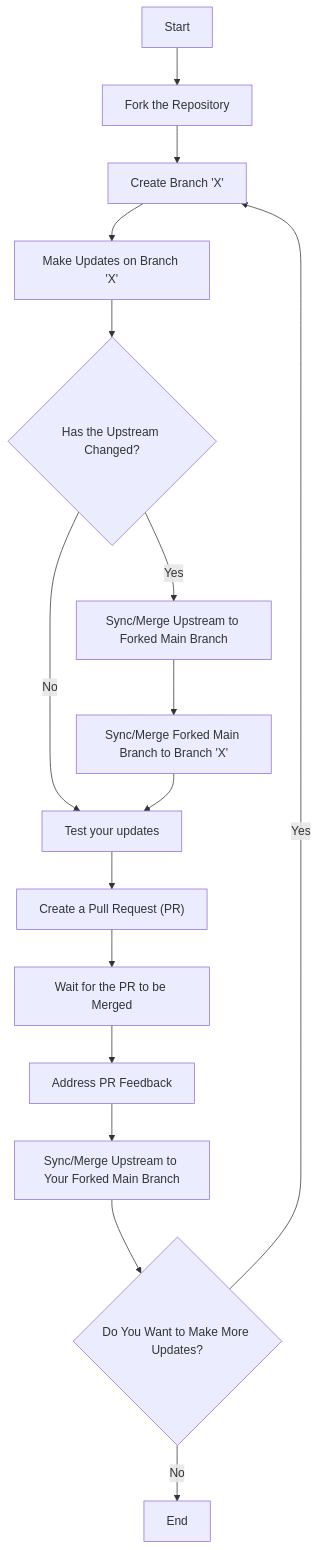
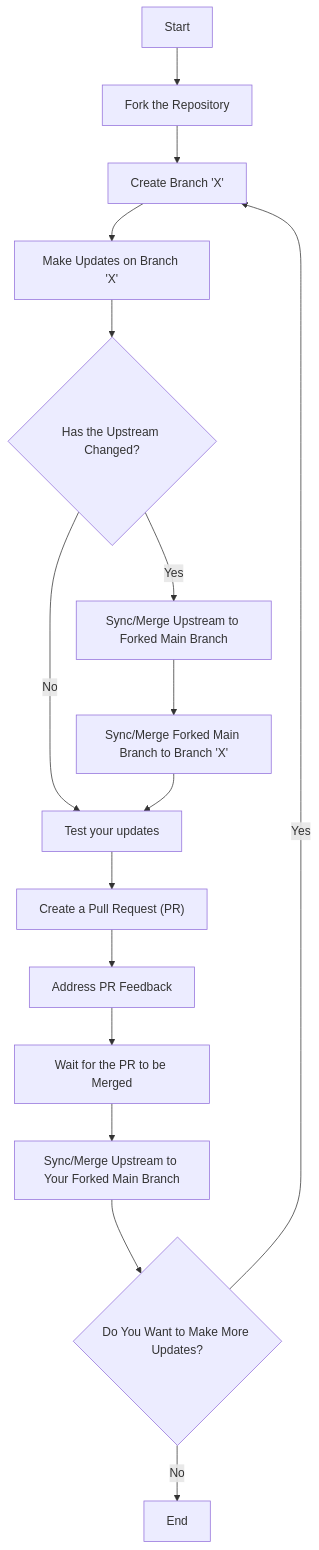
One commit to stride3d/stride-docs changed the diagram in en/contributors/contribution-workflow.md. Above: the diagram before and after it, drawn with Mermaid.

Commit message:
feat: Contribution workflow chart updated

````diff
--- a/en/contributors/contribution-workflow.md
+++ b/en/contributors/contribution-workflow.md
@@ -9,31 +9,31 @@
 ``` mermaid
 %% Define styles
 
 %% Main Graph
 graph TB
 
 %% Nodes
     Start[Start]
     A[Fork the Repository]
     B[Create Branch 'X']
     C[Make Updates on Branch 'X']
     D{Has the Upstream Changed?}
     E[Sync/Merge Upstream to Forked Main Branch]
     F[Sync/Merge Forked Main Branch to Branch 'X']
     G[Test your updates]
     H["Create a Pull Request (PR)"]
-    I[Wait for the PR to be Merged]
-    J[Address PR Feedback]
+    I[Address PR Feedback]
+    J[Wait for the PR to be Merged]
     K[Sync/Merge Upstream to Your Forked Main Branch]
     L{Do You Want to Make More Updates?}
     Z[End]
 
 %% Edges
     Start --> A --> B --> C --> D
     D -->|Yes| E
     D -->|No| G
     E --> F --> G
     G --> H --> I --> J --> K --> L
     L -->|Yes| B
     L -->|No| Z
 ```
````
